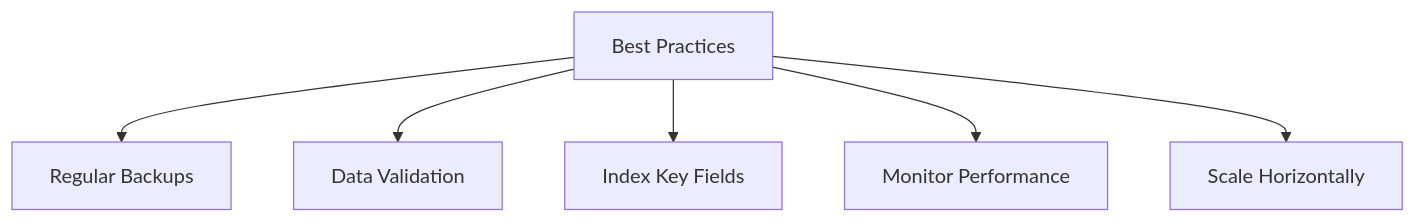
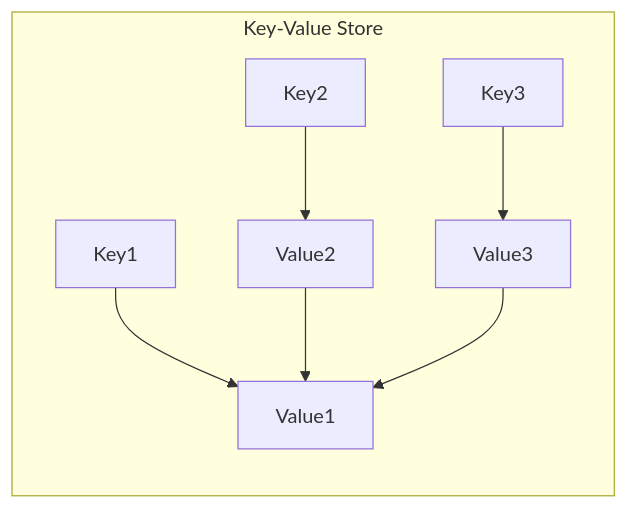
One commit to devv-shayan/Neo4J changed the fourth of 11 diagrams in non graph to graph db.md. Above: the diagram before and after it, drawn with Mermaid. The commit also changed other lines of this file, not shown here.

Commit message:
Update non graph to graph db.md

````diff
--- a/non graph to graph db.md
+++ b/non graph to graph db.md
@@ -143,8 +93,8 @@
 ```mermaid
-graph TD
-    A[Best Practices] --> B[Regular Backups]
-    A --> C[Data Validation]
-    A --> D[Index Key Fields]
-    A --> E[Monitor Performance]
-    A --> F[Scale Horizontally]
+graph LR
+    subgraph "Key-Value Store"
+        K1[Key1] --> V1[Value1]
+        K2[Key2] --> V2[Value2] --> V1[Value1]
+        K3[Key3] --> V3[Value3] --> V1[Value1]
+    end
 ```
````
